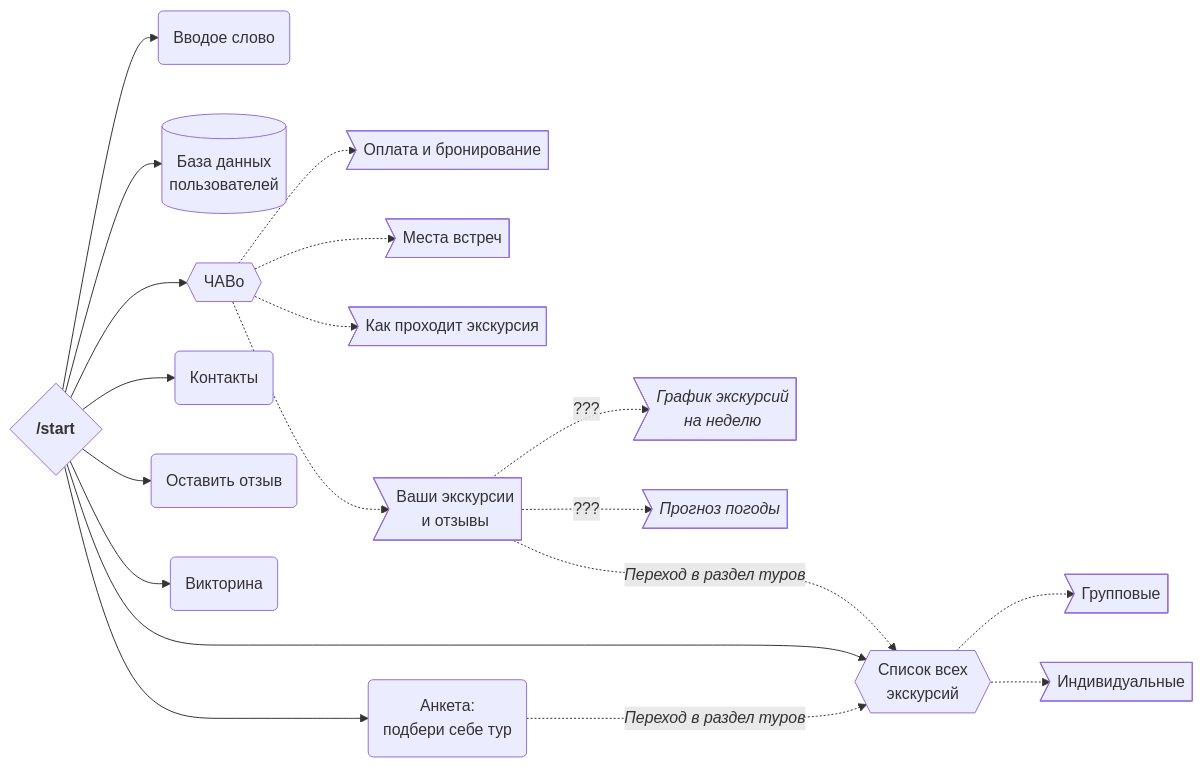
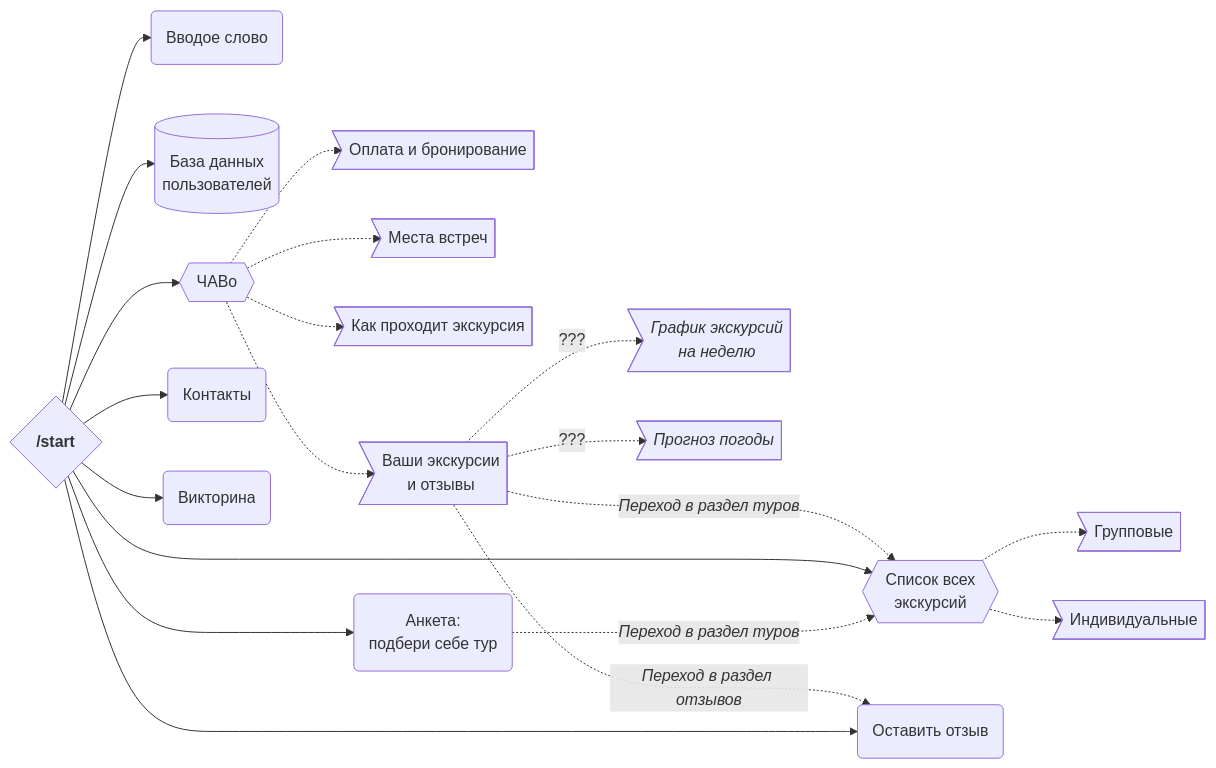
One commit to tropintropin/telegram_bot_peshehod_chat changed the second of 2 diagrams in README.md. Above: the diagram before and after it, drawn with Mermaid.

````diff
--- a/README.md
+++ b/README.md
@@ -55,22 +55,23 @@
 ```mermaid
 graph LR
     id0{<strong>/start</strong>}
     id0 --> id1(Вводое слово)
     id0 --> id8[(База данных<br>пользователей)]
     id0 --> id2{{ЧАВо}}
         id2 -.-> id20>Оплата и бронирование]
         id2 -.-> id21>Места встреч]
         id2 -.-> id22>Как проходит экскурсия]
         id2 -.-> id23>Ваши экскурсии<br>и отзывы]
             id23 -.->|???| id232><i>График экскурсий<br>на неделю</i>]
             id23 -.->|???| id230><i>Прогноз погоды</i>]
             id23 -..->|<i>Переход в раздел туров</i>| id7
+            id23 -..->|<i>Переход в раздел отзывов</i>| id4
     id0 --> id7{{Список всех<br>экскурсий}}
         id7 -.-> id71>Групповые]
         id7 -.-> id72>Индивидуальные]
     id0 --> id3(Контакты)
     id0 --> id4(Оставить отзыв)
     id0 --> id5(Анкета:<br>подбери себе тур)
         id5 -..->|<i>Переход в раздел туров</i>| id7
     id0 --> id6(Викторина)
 ```
````
